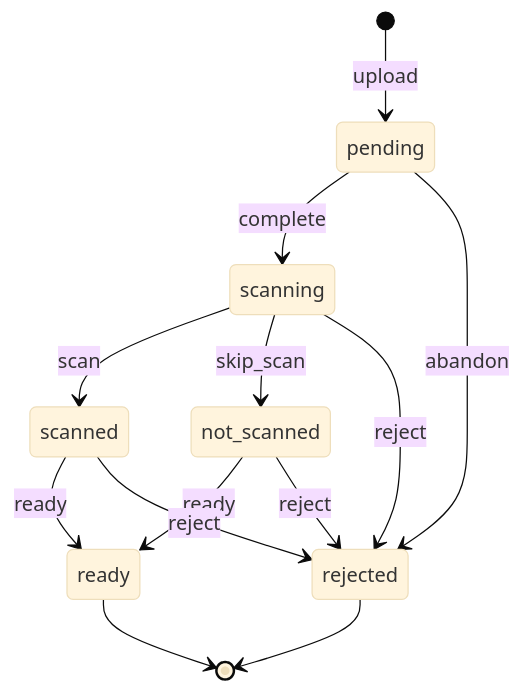
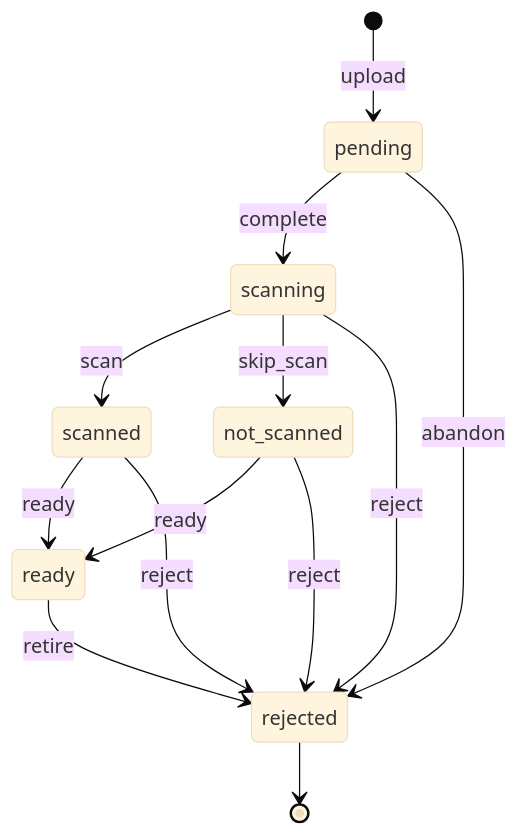
Before and after one commit to techaust/shakti_prime: the diagram in docs/state-machines/file-upload.md, drawn with Mermaid (base theme). The commit also changed other lines of this file and 5 other files, not shown here.

````diff
--- a/docs/state-machines/file-upload.md
+++ b/docs/state-machines/file-upload.md
@@ -48,15 +50,15 @@
 ```mermaid
 stateDiagram-v2
   [*] --> pending : upload
   pending --> scanning : complete
   scanning --> scanned : scan
   scanning --> not_scanned : skip_scan
   scanned --> ready : ready
   not_scanned --> ready : ready
   scanning --> rejected : reject
   scanned --> rejected : reject
   not_scanned --> rejected : reject
   pending --> rejected : abandon
-  ready --> [*]
+  ready --> rejected : retire
   rejected --> [*]
 ```
````
